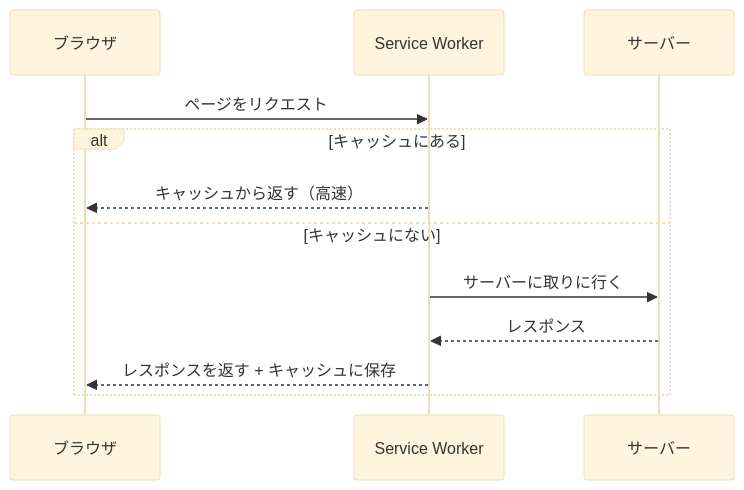
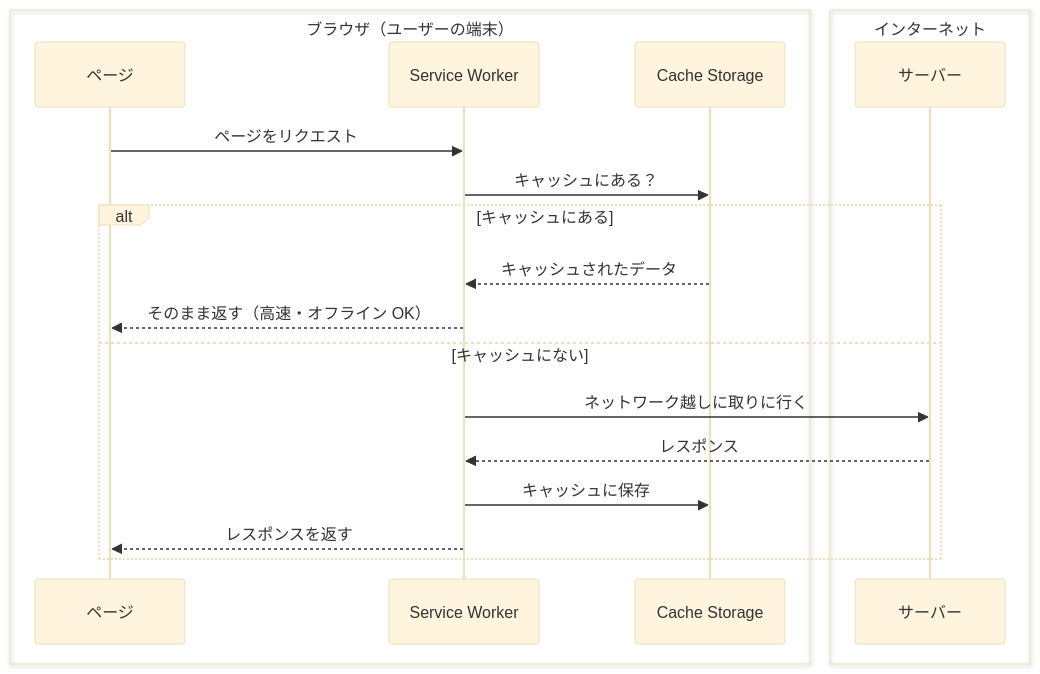
Before and after one commit to ozaki25/web-front-training-ozaki25: the third of 3 diagrams in docs/drafts/068/index.md, drawn with Mermaid (base theme). The commit also changed other lines of this file, not shown here.

Commit message:
Service Worker の図をネットワーク境界が見える構成に変更
Mermaid の box でブラウザ側（ページ・SW・Cache）とインターネット側
（サーバー）を分離し、SW がブラウザ内の中間者であることを視覚化

https://claude.ai/code/session_01VBuKGSzVmu6184hRMdwGoV

````diff
--- a/docs/drafts/068/index.md
+++ b/docs/drafts/068/index.md
@@ -155,14 +155,22 @@
 ```mermaid
 sequenceDiagram
-    participant B as ブラウザ
+    box ブラウザ（ユーザーの端末）
+    participant B as ページ
     participant SW as Service Worker
+    participant C as Cache Storage
+    end
+    box インターネット
     participant S as サーバー
+    end
     B->>SW: ページをリクエスト
+    SW->>C: キャッシュにある？
     alt キャッシュにある
-        SW-->>B: キャッシュから返す（高速）
+        C-->>SW: キャッシュされたデータ
+        SW-->>B: そのまま返す（高速・オフライン OK）
     else キャッシュにない
-        SW->>S: サーバーに取りに行く
+        SW->>S: ネットワーク越しに取りに行く
         S-->>SW: レスポンス
-        SW-->>B: レスポンスを返す + キャッシュに保存
+        SW->>C: キャッシュに保存
+        SW-->>B: レスポンスを返す
     end
 ```
````
